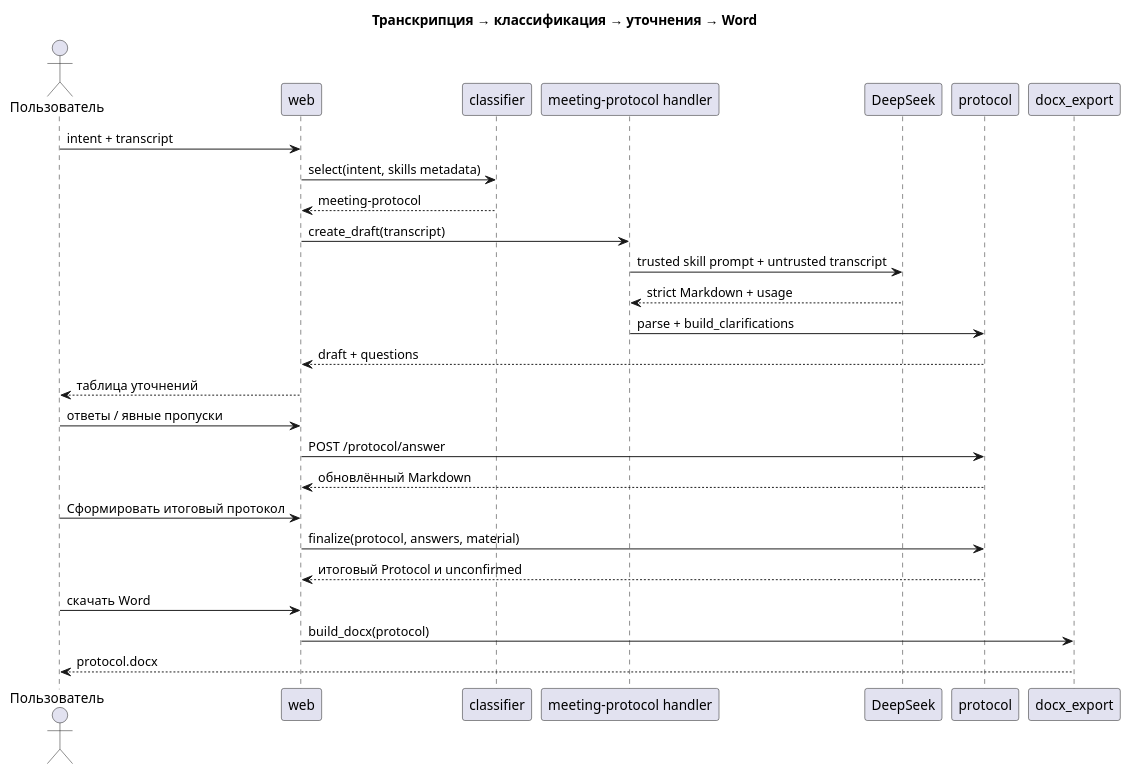
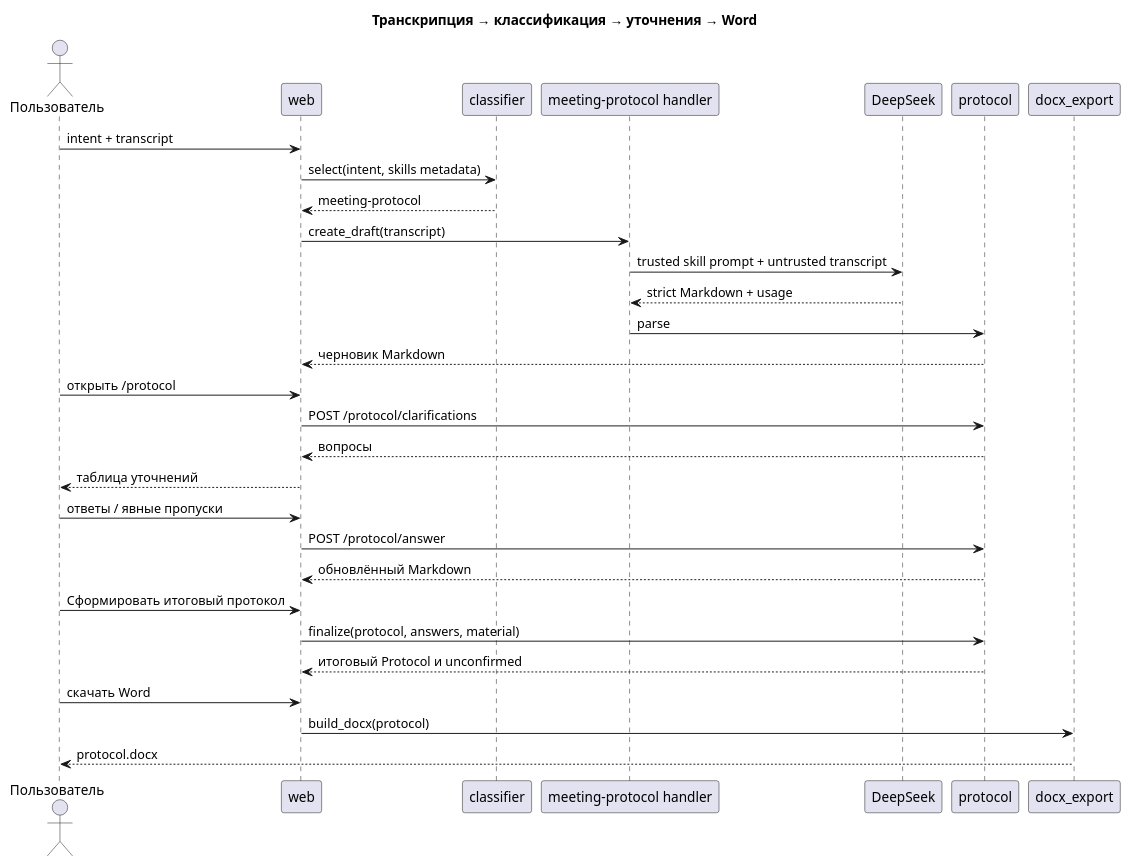
The third of 6 diagrams in docs/architecture/skillhub.md (GlebKostousov/skillhub), drawn with PlantUML before and after one commit. The commit also changed other lines of this file and 5 other files, not shown here.

````diff
--- a/docs/architecture/skillhub.md
+++ b/docs/architecture/skillhub.md
@@ -208,30 +208,33 @@
 ```puml
 @startuml
 title Транскрипция → классификация → уточнения → Word
 actor Пользователь as U
 participant web
 participant classifier
 participant "meeting-protocol handler" as H
 participant DeepSeek as L
 participant protocol as P
 participant docx_export as D
 U -> web : intent + transcript
 web -> classifier : select(intent, skills metadata)
 classifier --> web : meeting-protocol
 web -> H : create_draft(transcript)
 H -> L : trusted skill prompt + untrusted transcript
 L --> H : strict Markdown + usage
-H -> P : parse + build_clarifications
-P --> web : draft + questions
+H -> P : parse
+P --> web : черновик Markdown
+U -> web : открыть /protocol
+web -> P : POST /protocol/clarifications
+P --> web : вопросы
 web --> U : таблица уточнений
 U -> web : ответы / явные пропуски
 web -> P : POST /protocol/answer
 P --> web : обновлённый Markdown
 U -> web : Сформировать итоговый протокол
 web -> P : finalize(protocol, answers, material)
 P --> web : итоговый Protocol и unconfirmed
 U -> web : скачать Word
 web -> D : build_docx(protocol)
 D --> U : protocol.docx
 @enduml
 ```
````
